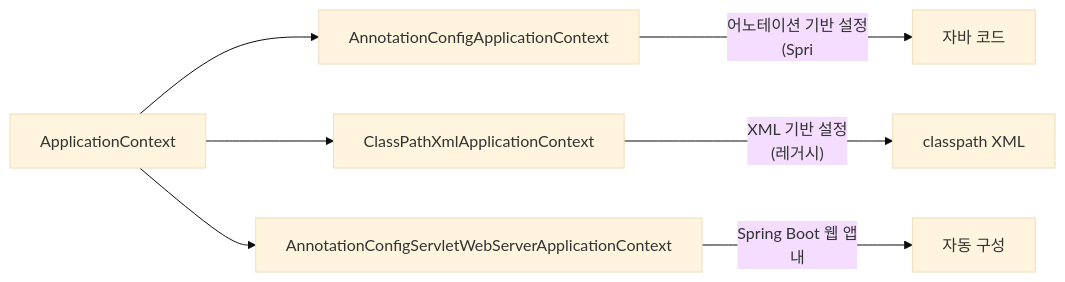
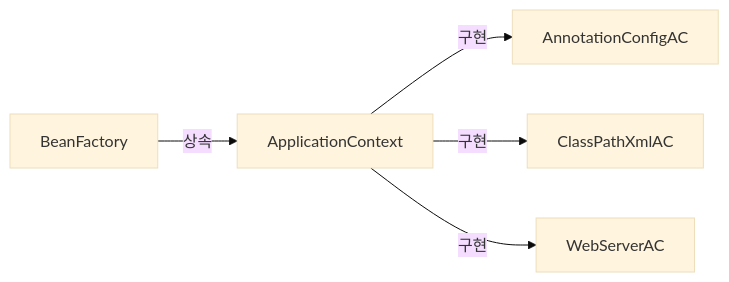
Before and after one commit to yjkim2015/yjkim2015.github.io: the third of 8 diagrams in _posts/spring/2026-05-02-spring-core-basic.md, drawn with Mermaid (base theme). The commit also changed other lines of this file and 4 other files, not shown here.

````diff
--- a/_posts/spring/2026-05-02-spring-core-basic.md
+++ b/_posts/spring/2026-05-02-spring-core-basic.md
@@ -133,9 +150,7 @@
 ```mermaid
 graph LR
-    A[ApplicationContext] --> B[AnnotationConfigApplicationContext]
-    A --> C[ClassPathXmlApplicationContext]
-    A --> F[AnnotationConfigServletWebServerApplicationContext]
-    B -->|"어노테이션 기반 설정\n(Spri"| G["자바 코드"]
-    C -->|"XML 기반 설정\n(레거시)"| H[classpath XML]
-    F -->|"Spring Boot 웹 앱\n내"| I["자동 구성"]
+    A["BeanFactory"] -->|"상속"| B["ApplicationContext"]
+    B -->|"구현"| C["AnnotationConfigAC"]
+    B -->|"구현"| D["ClassPathXmlAC"]
+    B -->|"구현"| E["WebServerAC"]
 ```
````
